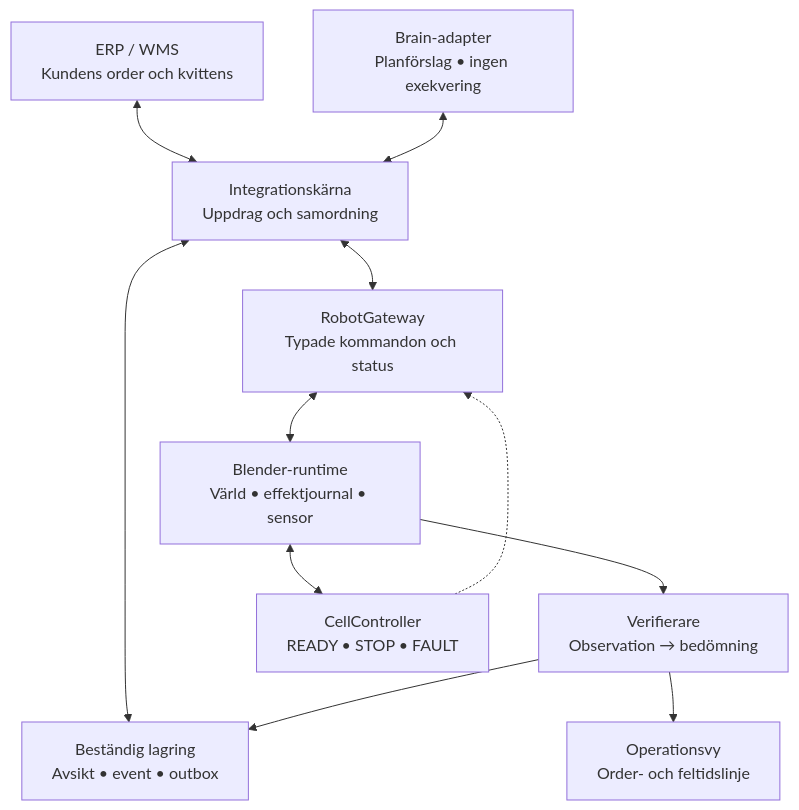
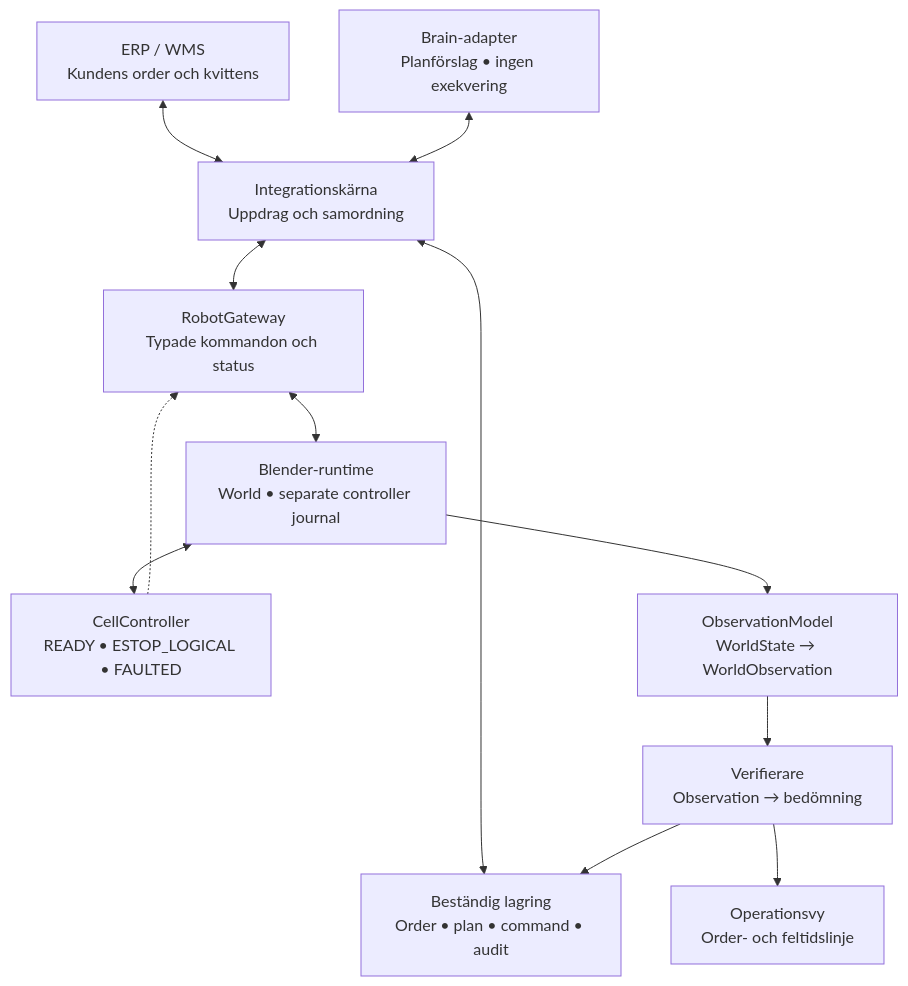
One commit to raal1600/SICS-RobotOps-Twin-E2E-Warehouse-Robotics-Integration-Simulator changed the diagram in sources/diagrams/architecture.mmd. Above: the diagram before and after it, drawn with Mermaid. The commit also changed 160 other files, not shown here.

```diff
--- a/sources/diagrams/architecture.mmd
+++ b/sources/diagrams/architecture.mmd
@@ -1,20 +1,22 @@
 flowchart TD
   erp["ERP / WMS<br/>Kundens order och kvittens"]
   core["Integrationskärna<br/>Uppdrag och samordning"]
   gateway["RobotGateway<br/>Typade kommandon och status"]
   brain["Brain-adapter<br/>Planförslag • ingen exekvering"]
-  db["Beständig lagring<br/>Avsikt • event • outbox"]
-  world["Blender-runtime<br/>Värld • effektjournal • sensor"]
+  db["Beständig lagring<br/>Order • plan • command • audit"]
+  world["Blender-runtime<br/>World • separate controller journal"]
   monitor["Operationsvy<br/>Order- och feltidslinje"]
   verify["Verifierare<br/>Observation → bedömning"]
-  cell["CellController<br/>READY • STOP • FAULT"]
+  cell["CellController<br/>READY • ESTOP_LOGICAL • FAULTED"]
+  observation["ObservationModel<br/>WorldState → WorldObservation"]
   erp <--> core
   core <--> gateway
   core <--> db
   gateway <--> world
   world <--> cell
-  world --> verify
   verify --> db
   verify --> monitor
   brain <--> core
   cell -.-> gateway
+  world --> observation
+  observation --> verify
```
